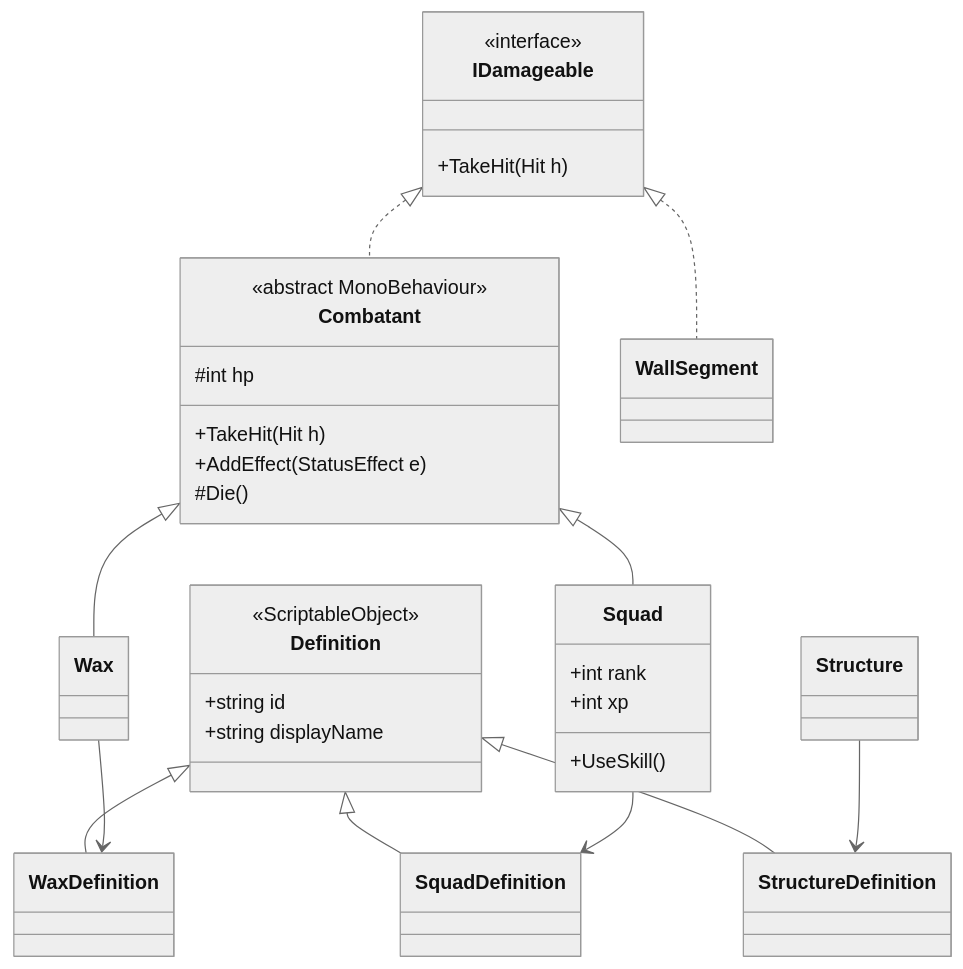
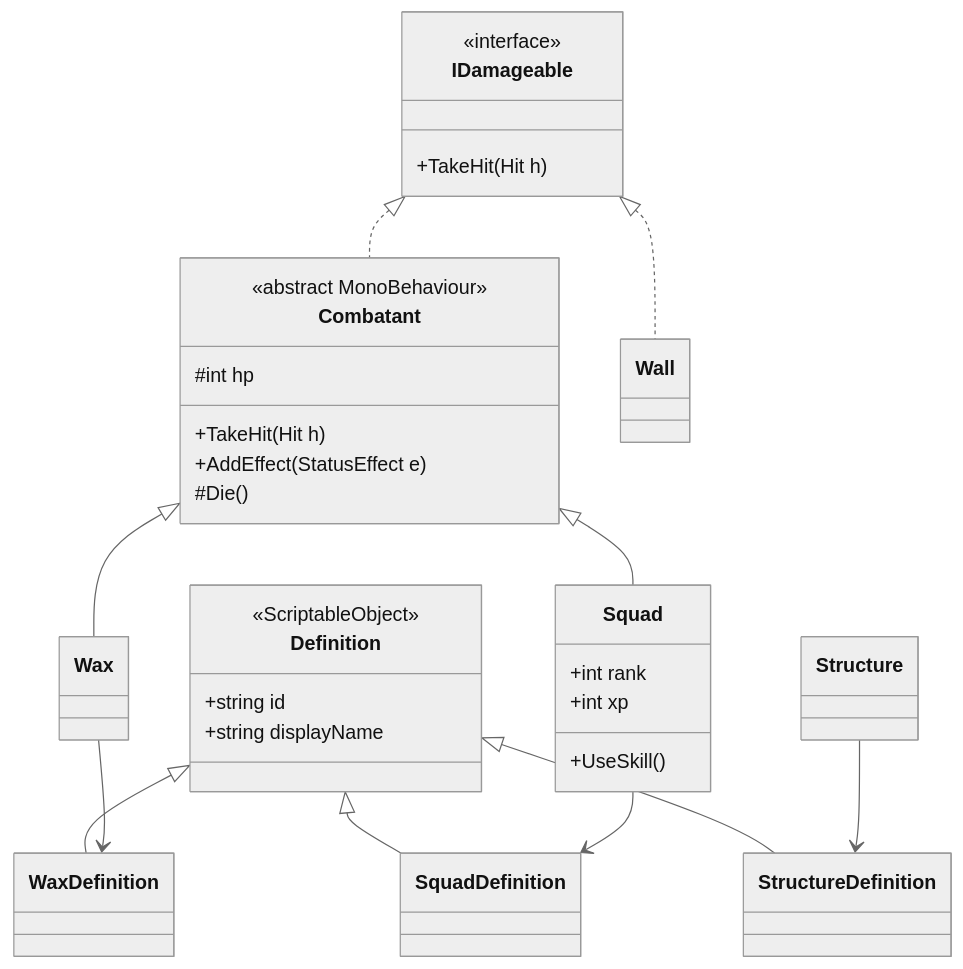
One commit to HaoKiet10/Guardian-Of-Dawn changed the fourth of 5 diagrams in Docs/Final Project/Guardian of Dawn - Class Design.md. Above: the diagram before and after it, drawn with Mermaid (neutral theme). The commit also changed other lines of this file and 5 other files, not shown here.

````diff
--- a/Docs/Final Project/Guardian of Dawn - Class Design.md
+++ b/Docs/Final Project/Guardian of Dawn - Class Design.md
@@ -232,36 +232,36 @@
 ```mermaid
 classDiagram
   direction TB
   class Definition {
     <<ScriptableObject>>
     +string id
     +string displayName
   }
   Definition <|-- StructureDefinition
   Definition <|-- WaxDefinition
   Definition <|-- SquadDefinition
 
   class IDamageable {
     <<interface>>
     +TakeHit(Hit h)
   }
   class Combatant {
     <<abstract MonoBehaviour>>
     #int hp
     +TakeHit(Hit h)
     +AddEffect(StatusEffect e)
     #Die()
   }
   class Squad {
     +int rank
     +int xp
     +UseSkill()
   }
   IDamageable <|.. Combatant
-  IDamageable <|.. WallSegment
+  IDamageable <|.. Wall
   Combatant <|-- Wax
   Combatant <|-- Squad
   Wax --> WaxDefinition
   Squad --> SquadDefinition
   Structure --> StructureDefinition
 ```
````
